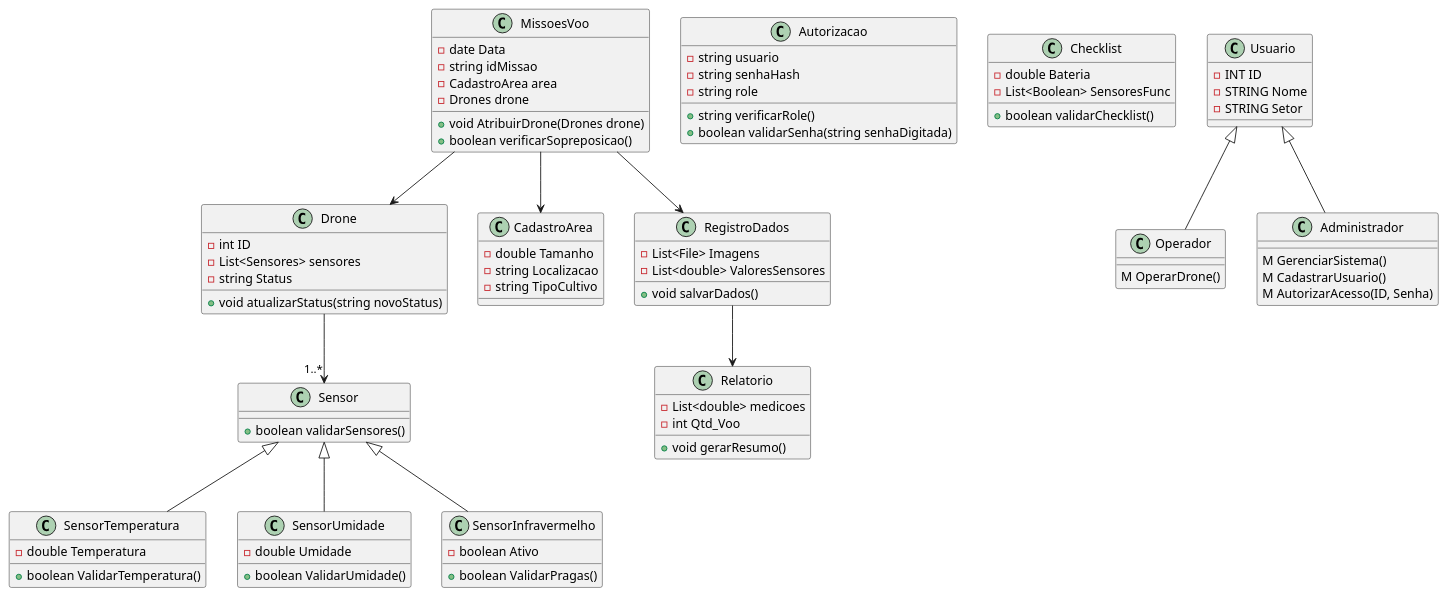
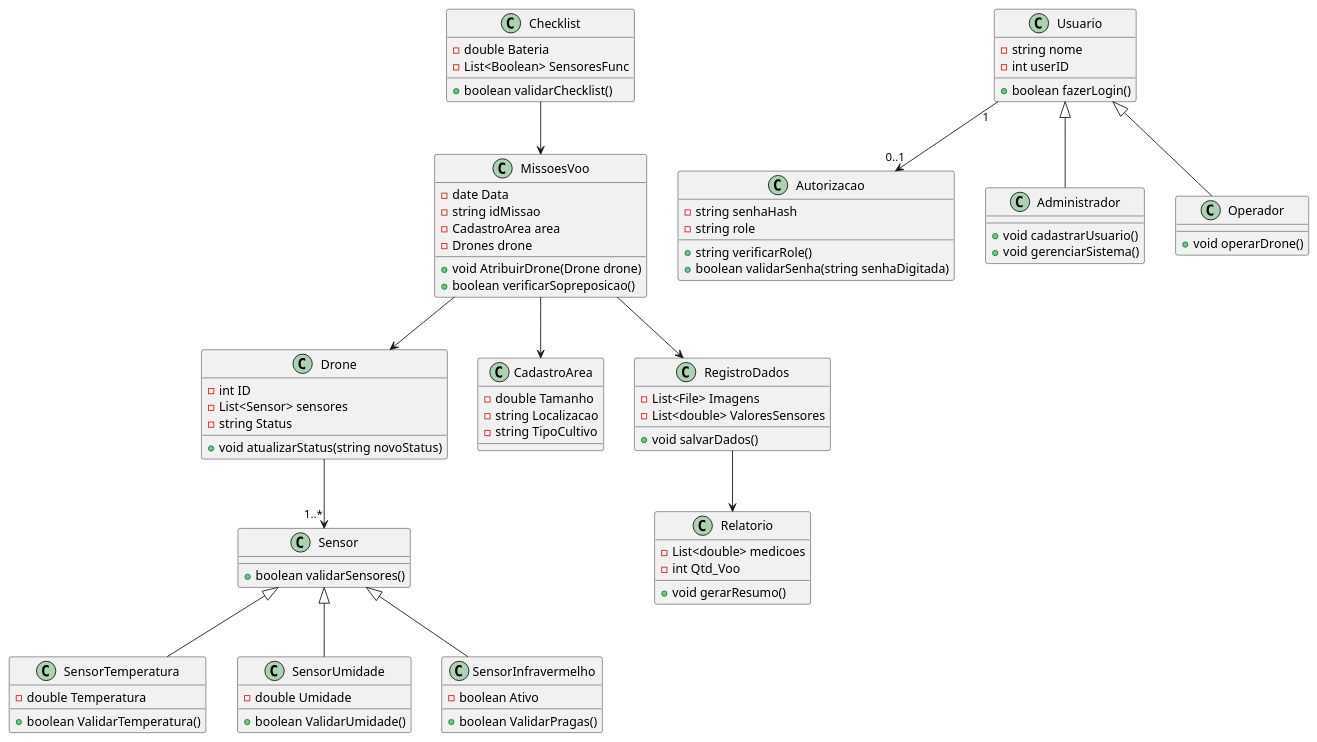
One commit to JoaoVitorMintz/Trabalho-de-Projeto-de-Software changed the diagram in docs/ClassDiagram.puml. Above: the diagram before and after it, drawn with PlantUML. The commit also changed 2 other files, not shown here.

Commit message:
UPDATE: classDiagram (havia esquecido da classe usuário, porém, corrigi isso e alterei para se adequar ao sql)

```diff
--- a/docs/ClassDiagram.puml
+++ b/docs/ClassDiagram.puml
@@ -1,110 +1,108 @@
-@startuml ClassDiagram
-' =============================
-' Classes de Sensores
-' =============================
-class Sensor {
-  + boolean validarSensores()
-}
+@startuml ClassDiagram 
+' ============================= 
+' Classes de Sensores 
+' ============================= 
+class Sensor { 
+  + boolean validarSensores() 
+} 
 
-class SensorTemperatura {
-  - double Temperatura
-  + boolean ValidarTemperatura()
-}
+class SensorTemperatura { 
+  - double Temperatura 
+  + boolean ValidarTemperatura() 
+} 
 
-class SensorUmidade {
-  - double Umidade
-  + boolean ValidarUmidade()
-}
+class SensorUmidade { 
+  - double Umidade 
+  + boolean ValidarUmidade() 
+} 
 
-class SensorInfravermelho {
-  - boolean Ativo
-  + boolean ValidarPragas()
-}
+class SensorInfravermelho { 
+  - boolean Ativo 
+  + boolean ValidarPragas() 
+} 
 
-Sensor <|-- SensorTemperatura
-Sensor <|-- SensorUmidade
-Sensor <|-- SensorInfravermelho
+Sensor <|-- SensorTemperatura 
+Sensor <|-- SensorUmidade 
+Sensor <|-- SensorInfravermelho 
 
-' =============================
-' Classes de Drones e Missões
-' =============================
-class Drone {
-  - int ID
-  - List<Sensores> sensores
-  - string Status
-  + void atualizarStatus(string novoStatus)
-}
+' ============================= 
+' Classes de Drones e Missões 
+' ============================= 
+class Drone { 
+  - int ID 
+  - List<Sensor> sensores 
+  - string Status 
+  + void atualizarStatus(string novoStatus) 
+} 
 
-class MissoesVoo {
-  - date Data
-  - string idMissao
-  - CadastroArea area
-  - Drones drone
-  + void AtribuirDrone(Drones drone)
-  + boolean verificarSopreposicao()
-}
+class MissoesVoo { 
+  - date Data 
+  - string idMissao 
+  - CadastroArea area 
+  - Drones drone 
+  + void AtribuirDrone(Drone drone) 
+  + boolean verificarSopreposicao() 
+} 
 
-class CadastroArea {
-  - double Tamanho
-  - string Localizacao
-  - string TipoCultivo
-}
+class CadastroArea { 
+  - double Tamanho 
+  - string Localizacao 
+  - string TipoCultivo 
+} 
 
-class RegistroDados {
-  - List<File> Imagens
-  - List<double> ValoresSensores
-  + void salvarDados()
-}
+class RegistroDados { 
+  - List<File> Imagens 
+  - List<double> ValoresSensores 
+  + void salvarDados() 
+} 
 
-class Relatorio {
-  - List<double> medicoes
-  - int Qtd_Voo
-  + void gerarResumo()
-}
+class Relatorio { 
+  - List<double> medicoes 
+  - int Qtd_Voo 
+  + void gerarResumo() 
+} 
 
-Drone --> "1..*" Sensor
-MissoesVoo --> Drone
-MissoesVoo --> CadastroArea
-MissoesVoo --> RegistroDados
-RegistroDados --> Relatorio
+Drone --> "1..*" Sensor 
+MissoesVoo --> Drone 
+MissoesVoo --> CadastroArea 
+MissoesVoo --> RegistroDados 
+RegistroDados --> Relatorio 
 
-' =============================
-' Checklist
-' =============================
-
-class Autorizacao {
-  - string usuario
+' ============================= 
+' Outras Classes 
+' ============================= 
+class Autorizacao { 
   - string senhaHash
   - string role
   + string verificarRole()
-  + boolean validarSenha(string senhaDigitada)
+  + boolean validarSenha(string senhaDigitada) 
+} 
+
+class Checklist { 
+  - double Bateria 
+  - List<Boolean> SensoresFunc 
+  + boolean validarChecklist() 
+} 
+
+Checklist --> MissoesVoo
+
+class Usuario {
+  - string nome
+  - int userID
+  + boolean fazerLogin()
 }
 
-class Checklist {
-  - double Bateria
-  - List<Boolean> SensoresFunc
-  + boolean validarChecklist()
-}
-
-' =============================
-' Usuário + Herança
-' =============================
-class Usuario {
-  - INT ID
-  - STRING Nome
-  - STRING Setor
+class Administrador {
+  + void cadastrarUsuario()
+  + void gerenciarSistema()
 }
 
 class Operador {
-  M OperarDrone()
+  + void operarDrone()
 }
 
-class Administrador {
-  M GerenciarSistema()
-  M CadastrarUsuario()
-  M AutorizarAcesso(ID, Senha)
-}
+Usuario <|-- Administrador
+Usuario <|-- Operador
+Usuario "1" --> "0..1" Autorizacao
 
-Usuario <|-- Operador
-Usuario <|-- Administrador
 @enduml
```
